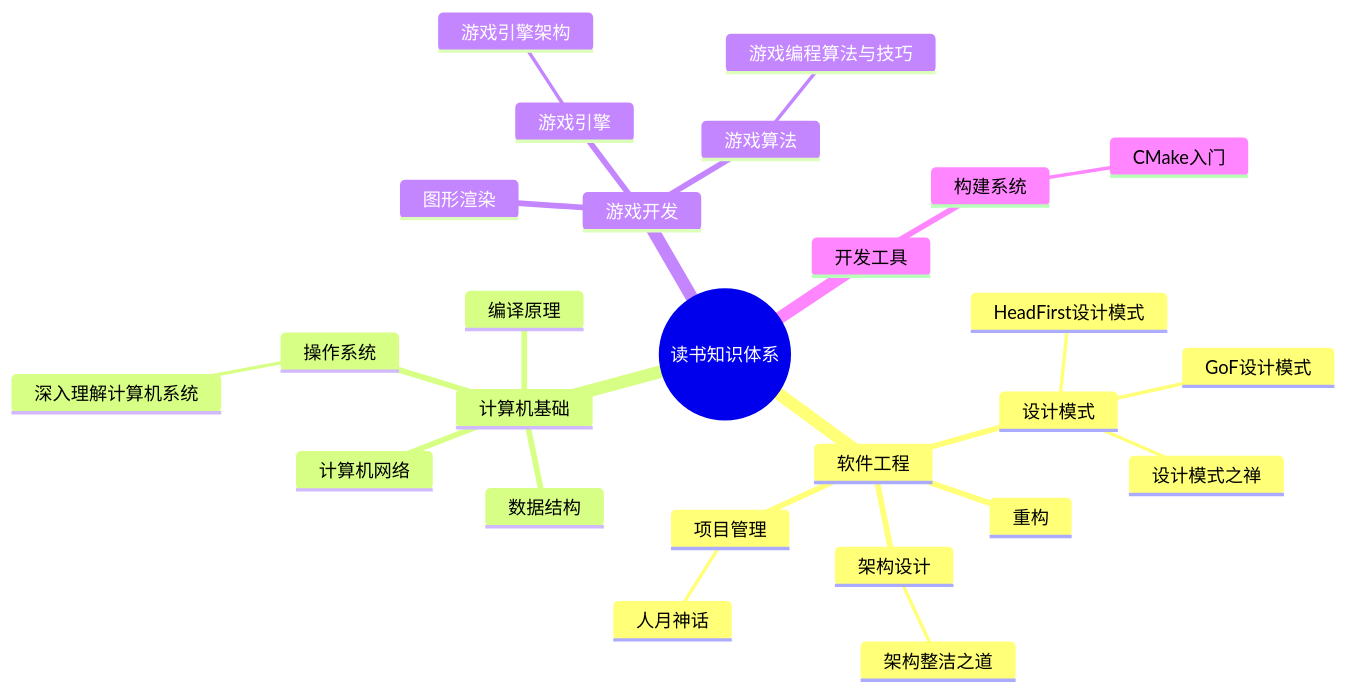
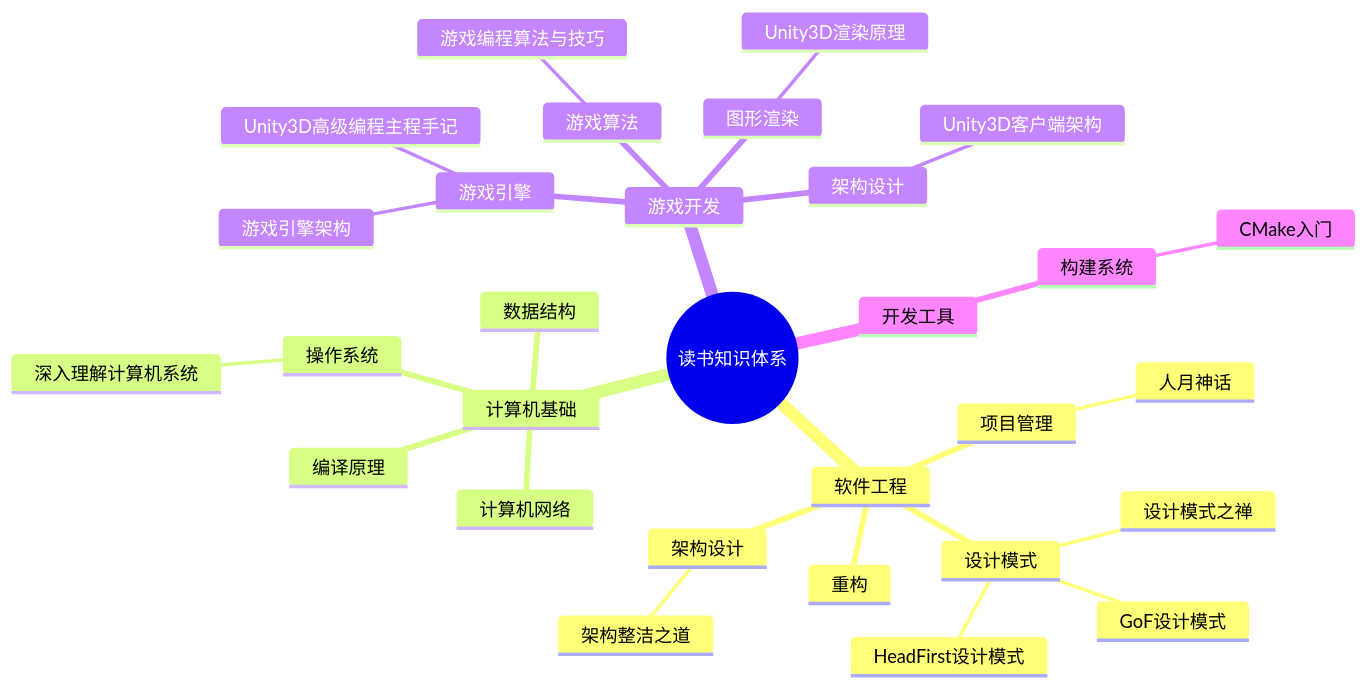
The first of 2 diagrams in books/知识关联图谱.md (hongyesuifeng/readbooks), drawn with Mermaid before and after one commit. The commit also changed other lines of this file and 1 other file, not shown here.

````diff
--- a/books/知识关联图谱.md
+++ b/books/知识关联图谱.md
@@ -9,29 +9,33 @@
 ```mermaid
 mindmap
   root((读书知识体系))
     软件工程
       设计模式
         GoF设计模式
         HeadFirst设计模式
         设计模式之禅
       重构
       架构设计
         架构整洁之道
       项目管理
         人月神话
     计算机基础
       编译原理
       操作系统
         深入理解计算机系统
       计算机网络
       数据结构
     游戏开发
       游戏引擎
         游戏引擎架构
+        Unity3D高级编程主程手记
       游戏算法
         游戏编程算法与技巧
       图形渲染
+        Unity3D渲染原理
+      架构设计
+        Unity3D客户端架构
     开发工具
       构建系统
         CMake入门
 ```
````
